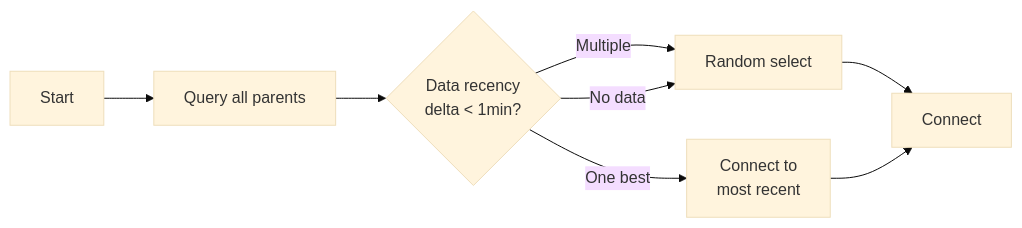
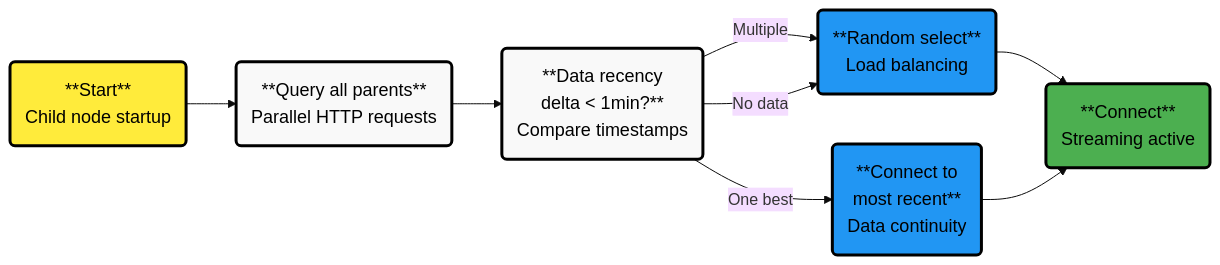
Before and after one commit to netdata/learn: the first of 2 diagrams in docs/netdata-parents/streaming-routing-reference.mdx, drawn with Mermaid (base theme). The commit also changed other lines of this file and 9 other files, not shown here.

````diff
--- a/docs/netdata-parents/streaming-routing-reference.mdx
+++ b/docs/netdata-parents/streaming-routing-reference.mdx
@@ -26,10 +26,22 @@
 ```mermaid
-graph LR
-    A[Start] --> B[Query all parents]
-    B --> C{Data recency<br/>delta < 1min?}
-    C -->|Multiple| D[Random select]
-    C -->|One best| E[Connect to<br/>most recent]
+flowchart LR
+    A("**Start**<br/>Child node startup") --> B("**Query all parents**<br/>Parallel HTTP requests")
+    B --> C("**Data recency<br/>delta < 1min?**<br/>Compare timestamps")
+    C -->|Multiple| D("**Random select**<br/>Load balancing")
+    C -->|One best| E("**Connect to<br/>most recent**<br/>Data continuity")
     C -->|No data| D
-    D --> F[Connect]
+    D --> F("**Connect**<br/>Streaming active")
     E --> F
+%% Style definitions matching the reference
+    classDef alert fill: #ffeb3b, stroke: #000000, stroke-width: 3px, color: #000000, font-size: 18px
+    classDef neutral fill: #f9f9f9, stroke: #000000, stroke-width: 3px, color: #000000, font-size: 18px
+    classDef complete fill: #4caf50, stroke: #000000, stroke-width: 3px, color: #000000, font-size: 18px
+    classDef database fill: #2196F3, stroke: #000000, stroke-width: 3px, color: #000000, font-size: 18px
+%% Apply styles
+    class A alert
+    class B neutral
+    class C neutral
+    class D database
+    class E database
+    class F complete
 ```
````
